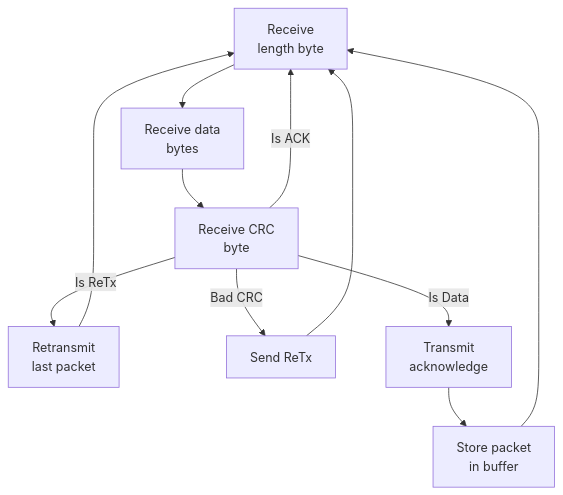
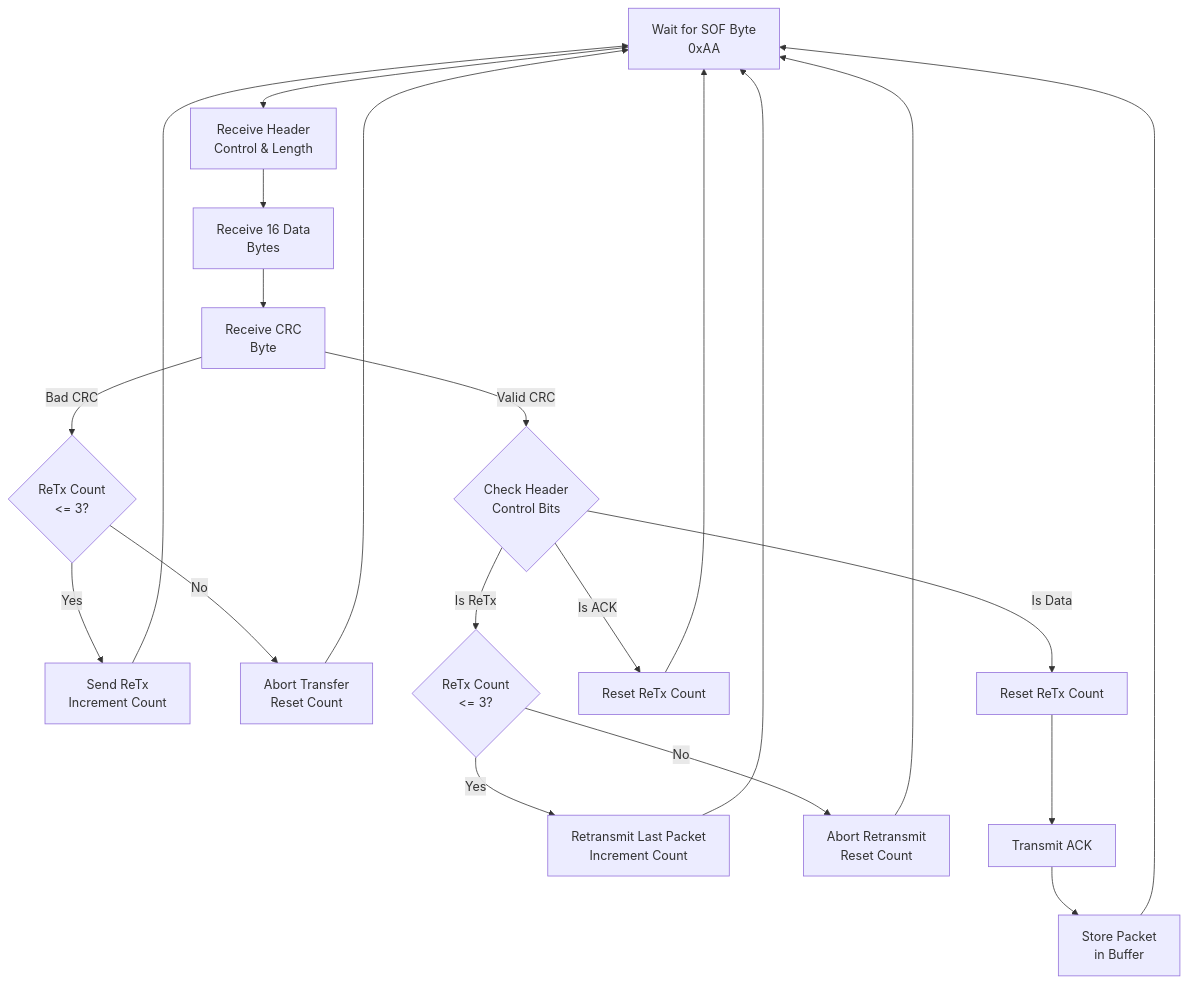
One commit to logandarby/stm32f4-bootloader changed the first of 2 diagrams in DOCS.md. Above: the diagram before and after it, drawn with Mermaid. The commit also changed other lines of this file and 4 other files, not shown here.

Commit message:
Modify packet transfer protocol to be more robust

````diff
--- a/DOCS.md
+++ b/DOCS.md
@@ -60,17 +73,29 @@
 ```mermaid
 flowchart TD
-    A[Receive<br/>length byte] --> B[Receive data<br/>bytes]
-    B --> C[Receive CRC<br/>byte]
+    A[Wait for SOF Byte<br/>0xAA] --> B[Receive Header<br/>Control & Length]
+    B --> C[Receive 16 Data<br/>Bytes]
+    C --> D[Receive CRC<br/>Byte]
 
-    C -->|Is ReTx| D[Retransmit<br/>last packet]
-    D --> A
-
-    C -->|Bad CRC| E[Send ReTx]
-    E --> A
-    C -->|Is ACK| A
-    C -->|Is Data| F[Transmit<br/>acknowledge]
-    F --> G[Store packet<br/>in buffer]
+    D -->|Bad CRC| E{ReTx Count<br/><= 3?}
+    E -->|Yes| F[Send ReTx<br/>Increment Count]
+    E -->|No| G[Abort Transfer<br/>Reset Count]
+    F --> A
     G --> A
 
+    D -->|Valid CRC| H{Check Header<br/>Control Bits}
+
+    H -->|Is ReTx| I{ReTx Count<br/><= 3?}
+    I -->|Yes| J[Retransmit Last Packet<br/>Increment Count]
+    I -->|No| K[Abort Retransmit<br/>Reset Count]
+    J --> A
+    K --> A
+
+    H -->|Is ACK| L[Reset ReTx Count]
+    L --> A
+
+    H -->|Is Data| M[Reset ReTx Count]
+    M --> N[Transmit ACK]
+    N --> O[Store Packet<br/>in Buffer]
+    O --> A
 
 ```
````
